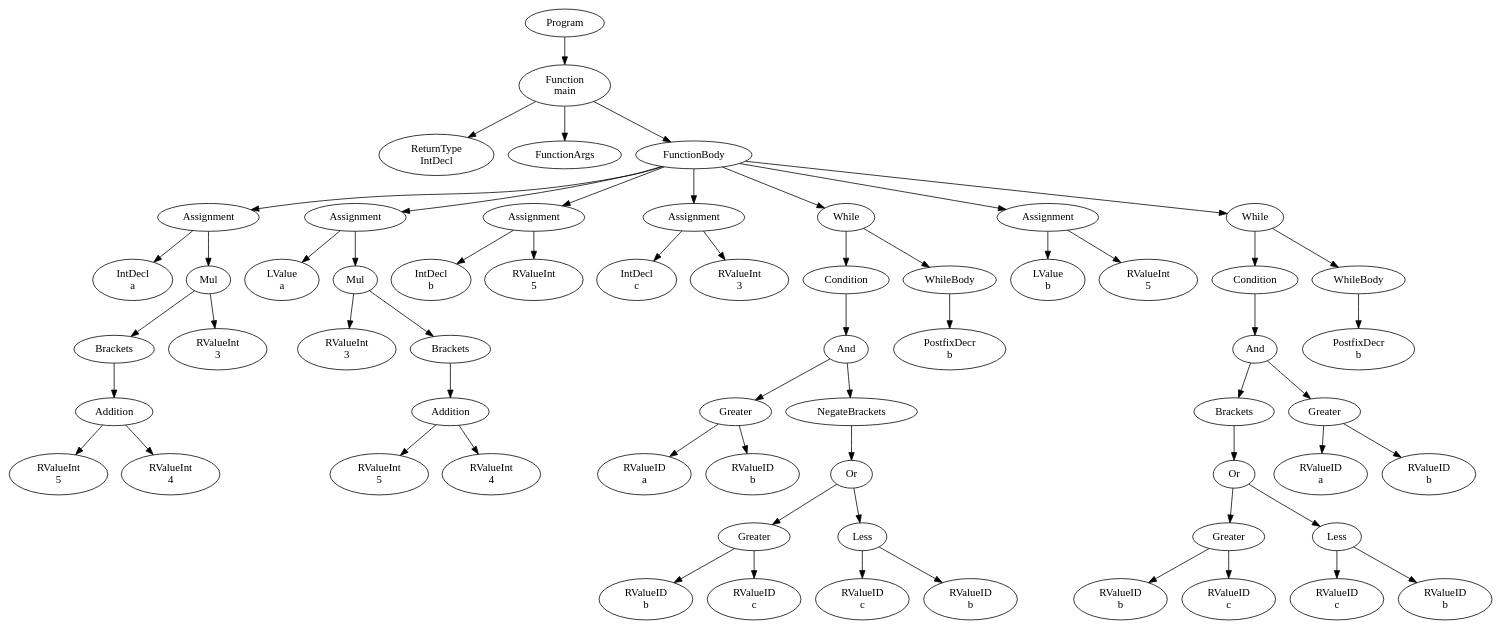
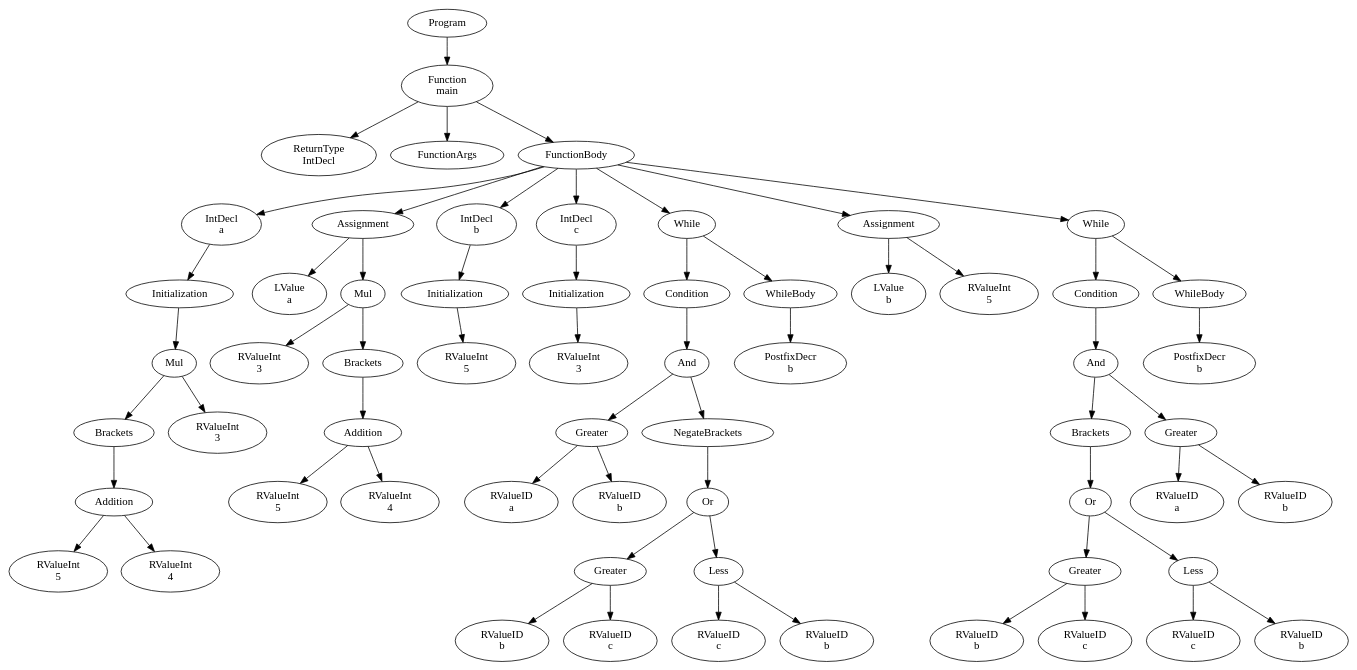
The diagram in official/res/solutions/brackets.dot (FedericoQuin/Compilers), drawn with Graphviz before and after one commit. The commit also changed 19 other files, not shown here.

```diff
--- a/official/res/solutions/brackets.dot
+++ b/official/res/solutions/brackets.dot
@@ -1,125 +1,125 @@
 digraph AST {
 1 [label="Program"];
 2 [label="Function \nmain"];
 3 [label="ReturnType \nIntDecl"];
 4 [label="FunctionArgs"];
 5 [label="FunctionBody"];
-6 [label="Assignment"];
-7 [label="IntDecl \na"];
+6 [label="IntDecl \na"];
+7 [label="Initialization"];
 8 [label="Mul"];
 9 [label="Brackets"];
 10 [label="Addition"];
 11 [label="RValueInt \n5"];
 12 [label="RValueInt \n4"];
 10 -> 11;
 10 -> 12;
 9 -> 10;
 13 [label="RValueInt \n3"];
 8 -> 9;
 8 -> 13;
+7 -> 8;
 6 -> 7;
-6 -> 8;
 14 [label="Assignment"];
 15 [label="LValue \na"];
 16 [label="Mul"];
 17 [label="RValueInt \n3"];
 18 [label="Brackets"];
 19 [label="Addition"];
 20 [label="RValueInt \n5"];
 21 [label="RValueInt \n4"];
 19 -> 20;
 19 -> 21;
 18 -> 19;
 16 -> 17;
 16 -> 18;
 14 -> 15;
 14 -> 16;
-22 [label="Assignment"];
-23 [label="IntDecl \nb"];
+22 [label="IntDecl \nb"];
+23 [label="Initialization"];
 24 [label="RValueInt \n5"];
+23 -> 24;
 22 -> 23;
-22 -> 24;
-25 [label="Assignment"];
-26 [label="IntDecl \nc"];
+25 [label="IntDecl \nc"];
+26 [label="Initialization"];
 27 [label="RValueInt \n3"];
+26 -> 27;
 25 -> 26;
-25 -> 27;
 28 [label="While"];
 29 [label="Condition"];
 30 [label="And"];
 31 [label="Greater"];
 32 [label="RValueID \na"];
 33 [label="RValueID \nb"];
 31 -> 32;
 31 -> 33;
 34 [label="NegateBrackets"];
 35 [label="Or"];
 36 [label="Greater"];
 37 [label="RValueID \nb"];
 38 [label="RValueID \nc"];
 36 -> 37;
 36 -> 38;
 39 [label="Less"];
 40 [label="RValueID \nc"];
 41 [label="RValueID \nb"];
 39 -> 40;
 39 -> 41;
 35 -> 36;
 35 -> 39;
 34 -> 35;
 30 -> 31;
 30 -> 34;
 29 -> 30;
 42 [label="WhileBody"];
 43 [label="PostfixDecr \nb"];
 42 -> 43;
 28 -> 29;
 28 -> 42;
 44 [label="Assignment"];
 45 [label="LValue \nb"];
 46 [label="RValueInt \n5"];
 44 -> 45;
 44 -> 46;
 47 [label="While"];
 48 [label="Condition"];
 49 [label="And"];
 50 [label="Brackets"];
 51 [label="Or"];
 52 [label="Greater"];
 53 [label="RValueID \nb"];
 54 [label="RValueID \nc"];
 52 -> 53;
 52 -> 54;
 55 [label="Less"];
 56 [label="RValueID \nc"];
 57 [label="RValueID \nb"];
 55 -> 56;
 55 -> 57;
 51 -> 52;
 51 -> 55;
 50 -> 51;
 58 [label="Greater"];
 59 [label="RValueID \na"];
 60 [label="RValueID \nb"];
 58 -> 59;
 58 -> 60;
 49 -> 50;
 49 -> 58;
 48 -> 49;
 61 [label="WhileBody"];
 62 [label="PostfixDecr \nb"];
 61 -> 62;
 47 -> 48;
 47 -> 61;
 5 -> 6;
 5 -> 14;
 5 -> 22;
 5 -> 25;
 5 -> 28;
 5 -> 44;
 5 -> 47;
 2 -> 3;
 2 -> 4;
 2 -> 5;
 1 -> 2;
 }
```
